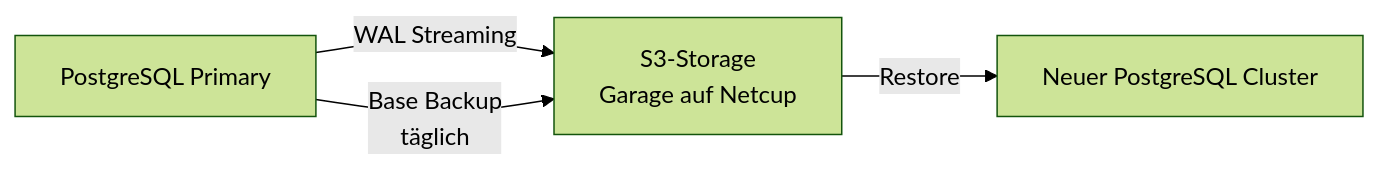
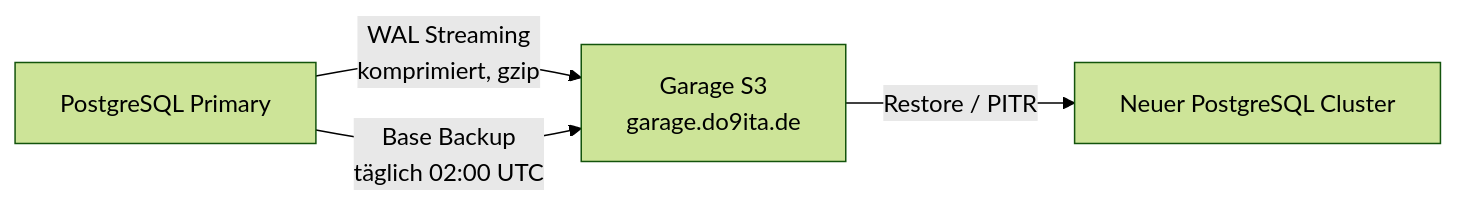
The diagram in docs/infra/modules/ROOT/pages/data/backup.adoc (tomirgang/tomsblog), drawn with Mermaid (forest theme) before and after one commit. The commit also changed other lines of this file and 4 other files, not shown here.

```diff
--- a/docs/infra/modules/ROOT/pages/data/backup.adoc
+++ b/docs/infra/modules/ROOT/pages/data/backup.adoc
@@ -22,7 +22,7 @@
 [mermaid]
 ----
 graph LR
-    PG[PostgreSQL Primary] -->|WAL Streaming| S3[S3-Storage<br/>Garage auf Netcup]
-    PG -->|Base Backup<br/>täglich| S3
-    S3 -->|Restore| PG_NEW[Neuer PostgreSQL Cluster]
+    PG[PostgreSQL Primary] -->|WAL Streaming<br/>komprimiert, gzip| S3[Garage S3<br/>garage.do9ita.de]
+    PG -->|Base Backup<br/>täglich 02:00 UTC| S3
+    S3 -->|Restore / PITR| PG_NEW[Neuer PostgreSQL Cluster]
 ----
```
